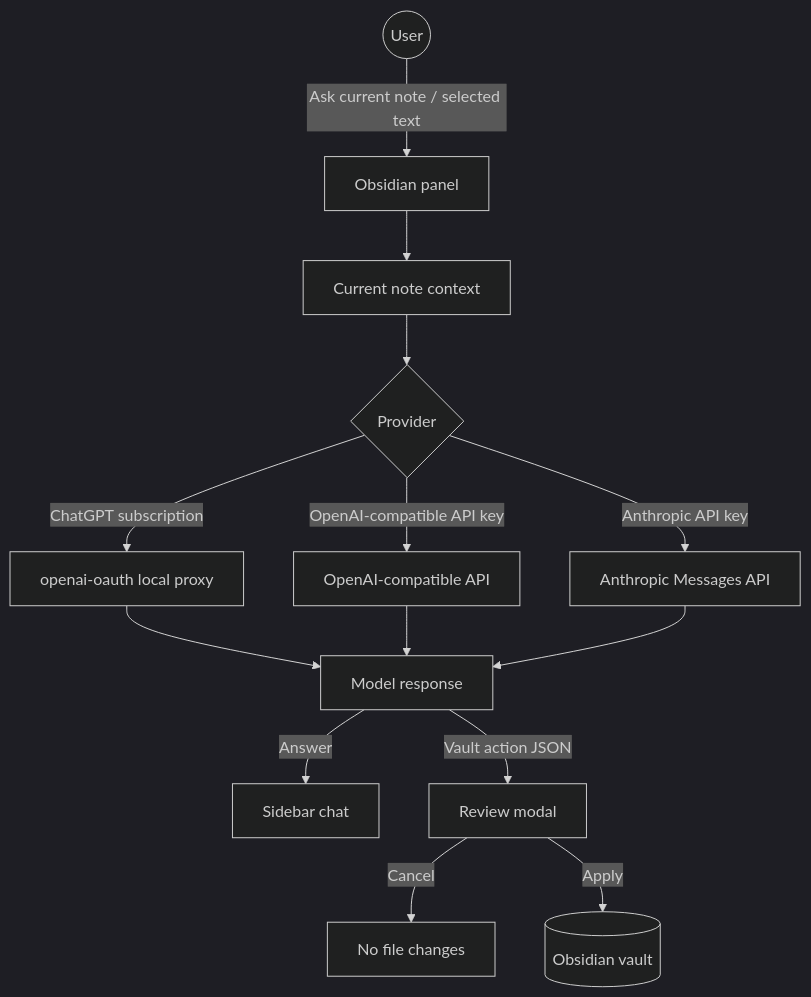
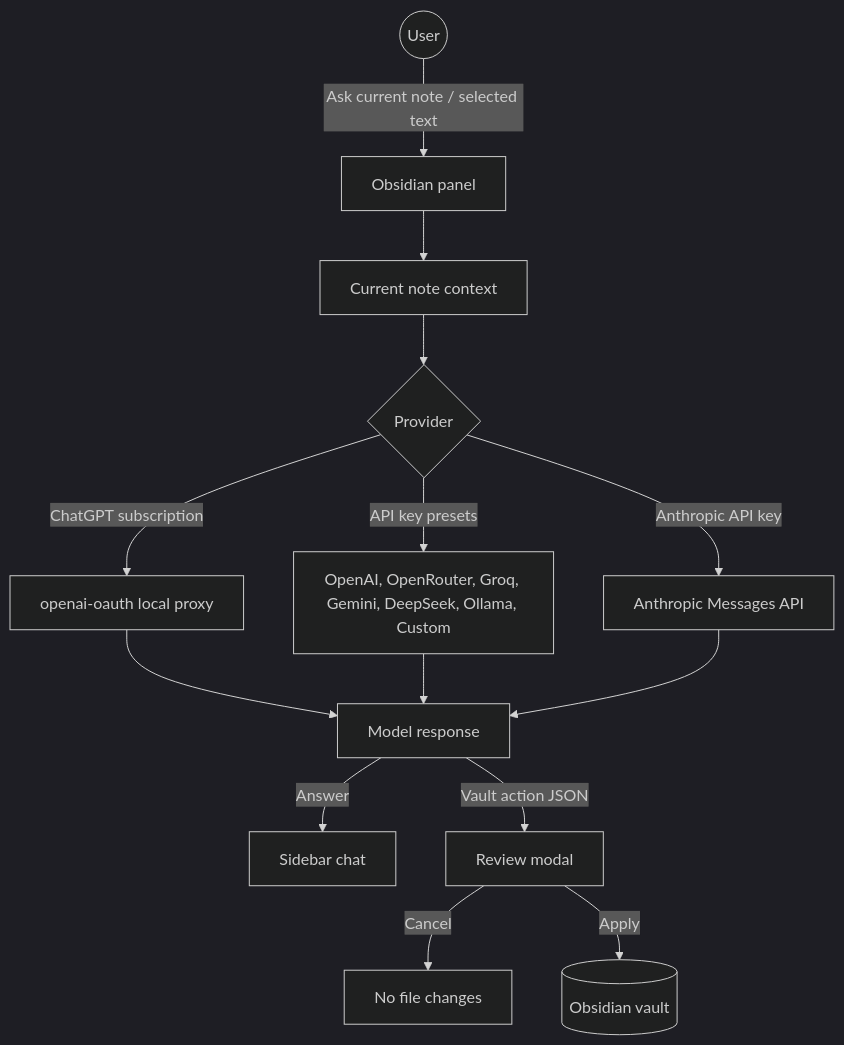
One commit to lowshot31/vault-action-bridge changed the diagram in README.md. Above: the diagram before and after it, drawn with Mermaid (dark theme). The commit also changed other lines of this file and 23 other files, not shown here.

````diff
--- a/README.md
+++ b/README.md
@@ -36,19 +52,19 @@
 ```mermaid
 graph TD
     User((User)) -->|"Ask current note / selected text"| Panel[Obsidian panel]
     Panel --> Context[Current note context]
     Context --> Provider{Provider}
 
     Provider -->|"ChatGPT subscription"| OAuth[openai-oauth local proxy]
-    Provider -->|"OpenAI-compatible API key"| Compatible[OpenAI-compatible API]
+    Provider -->|"API key presets"| Compatible[OpenAI, OpenRouter, Groq, Gemini, DeepSeek, Ollama, Custom]
     Provider -->|"Anthropic API key"| Anthropic[Anthropic Messages API]
 
     OAuth --> Model[Model response]
     Compatible --> Model
     Anthropic --> Model
 
     Model -->|"Answer"| Chat[Sidebar chat]
     Model -->|"Vault action JSON"| Review[Review modal]
     Review -->|"Cancel"| Stop[No file changes]
     Review -->|"Apply"| Vault[(Obsidian vault)]
 ```
````
